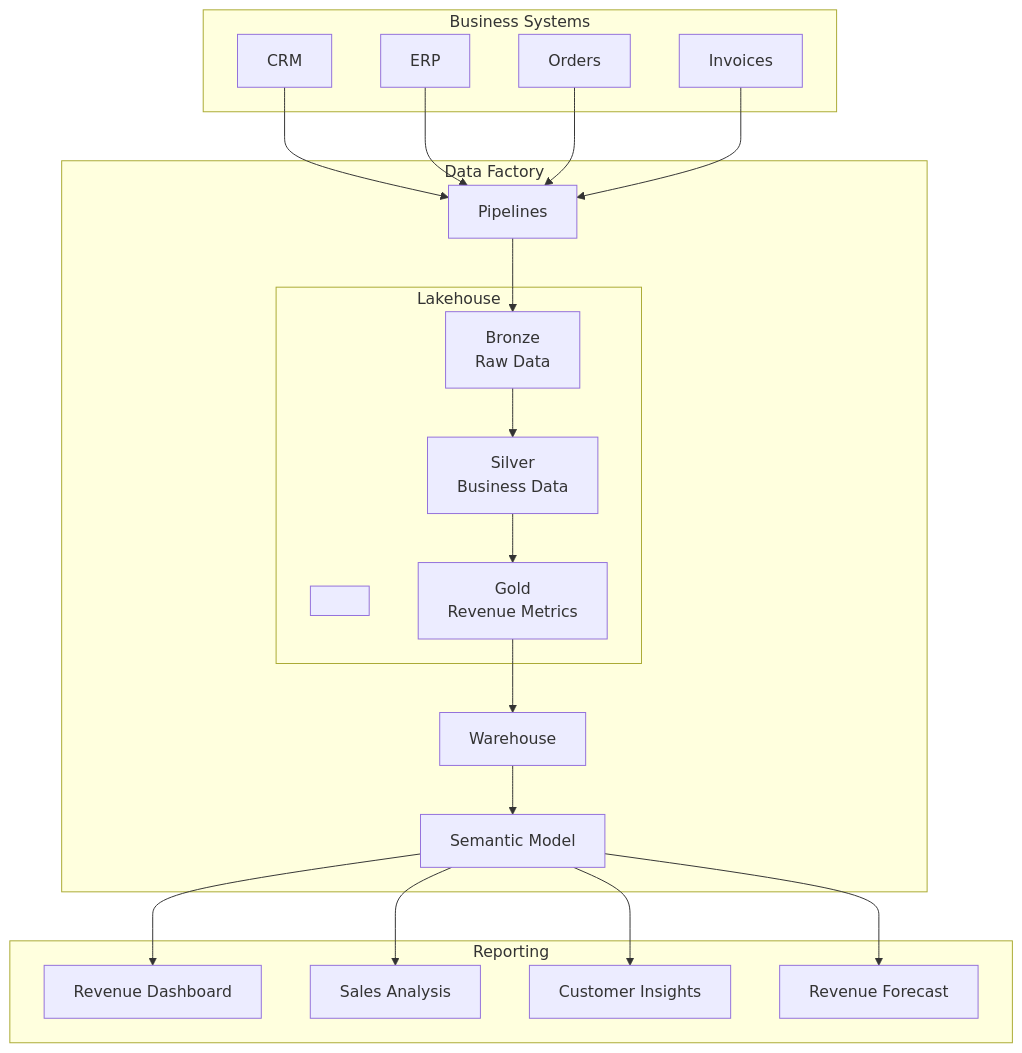
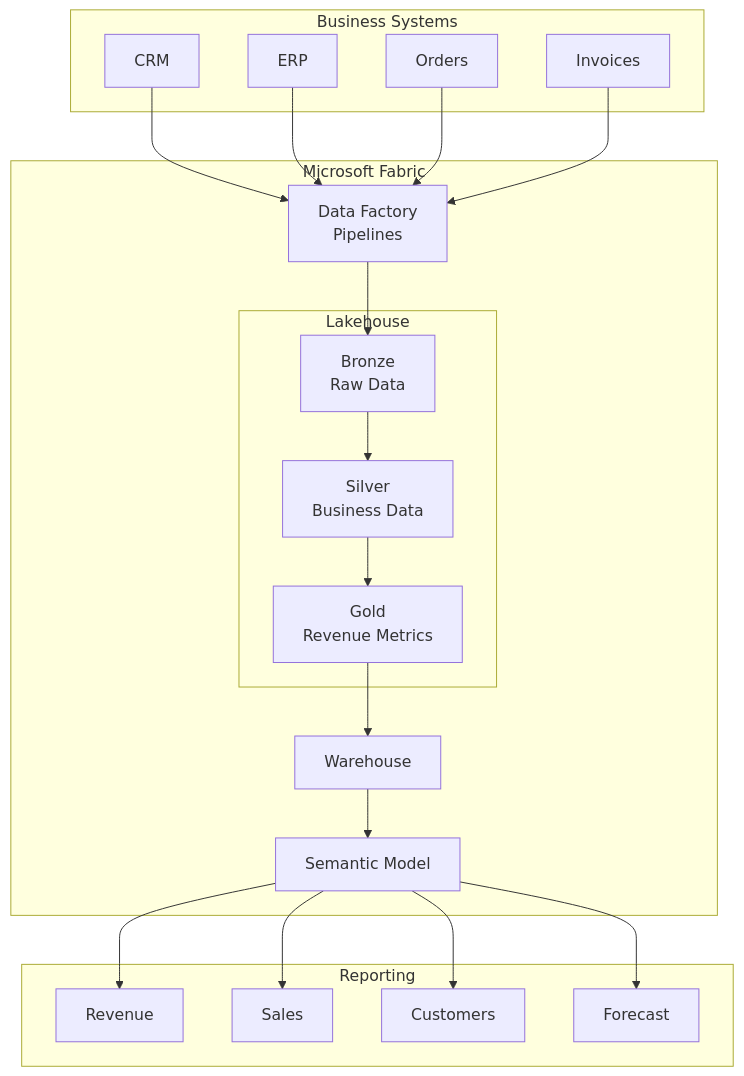
The diagram in README.md (Solveright/Revenue-Visibility), drawn with Mermaid before and after one commit.

````diff
--- a/README.md
+++ b/README.md
@@ -16,48 +16,47 @@
 ```mermaid
 flowchart TB
 
     subgraph Sources["Business Systems"]
         CRM["CRM"]
         ERP["ERP"]
         Orders["Orders"]
         Invoices["Invoices"]
     end
 
-    subgraph Data Factory
-        DF["Pipelines"]
+    subgraph Fabric["Microsoft Fabric"]
+        DF["Data Factory<br/>Pipelines"]
 
-    subgraph Lakehouse["Lakehouse"]
-            Dummy[" "]
+        subgraph Lakehouse["Lakehouse"]
             Bronze["Bronze<br/>Raw Data"]
             Silver["Silver<br/>Business Data"]
             Gold["Gold<br/>Revenue Metrics"]
         end
 
         WH["Warehouse"]
         SM["Semantic Model"]
     end
 
     subgraph Reporting["Reporting"]
-        Revenue["Revenue Dashboard"]
-        Sales["Sales Analysis"]
-        Customer["Customer Insights"]
-        Forecast["Revenue Forecast"]
+        Revenue["Revenue"]
+        Sales["Sales"]
+        Customer["Customers"]
+        Forecast["Forecast"]
     end
 
     CRM --> DF
     ERP --> DF
     Orders --> DF
     Invoices --> DF
 
     DF --> Bronze
     Bronze --> Silver
     Silver --> Gold
 
     Gold --> WH
     WH --> SM
 
     SM --> Revenue
     SM --> Sales
     SM --> Customer
     SM --> Forecast
 ```
````
